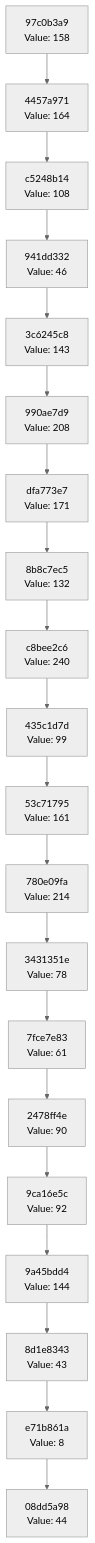
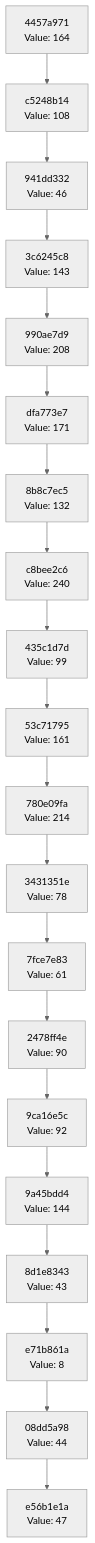
The diagram in docs/CHAIN_VISUALIZATION.md (Abhisheksinha1506/hash-chain-evolver), drawn with Mermaid (neutral theme) before and after one commit. The commit also changed 2 other files, not shown here.

Commit message:
Evolution step: hash 0x2F → action executed

````diff
--- a/docs/CHAIN_VISUALIZATION.md
+++ b/docs/CHAIN_VISUALIZATION.md
@@ -3,42 +3,42 @@
 ```mermaid
 graph TD
-    C0["08dd5a98<br/>Value: 44"]
-    C1["e71b861a<br/>Value: 8"]
+    C0["e56b1e1a<br/>Value: 47"]
+    C1["08dd5a98<br/>Value: 44"]
     C1 --> C0
-    C2["8d1e8343<br/>Value: 43"]
+    C2["e71b861a<br/>Value: 8"]
     C2 --> C1
-    C3["9a45bdd4<br/>Value: 144"]
+    C3["8d1e8343<br/>Value: 43"]
     C3 --> C2
-    C4["9ca16e5c<br/>Value: 92"]
+    C4["9a45bdd4<br/>Value: 144"]
     C4 --> C3
-    C5["2478ff4e<br/>Value: 90"]
+    C5["9ca16e5c<br/>Value: 92"]
     C5 --> C4
-    C6["7fce7e83<br/>Value: 61"]
+    C6["2478ff4e<br/>Value: 90"]
     C6 --> C5
-    C7["3431351e<br/>Value: 78"]
+    C7["7fce7e83<br/>Value: 61"]
     C7 --> C6
-    C8["780e09fa<br/>Value: 214"]
+    C8["3431351e<br/>Value: 78"]
     C8 --> C7
-    C9["53c71795<br/>Value: 161"]
+    C9["780e09fa<br/>Value: 214"]
     C9 --> C8
-    C10["435c1d7d<br/>Value: 99"]
+    C10["53c71795<br/>Value: 161"]
     C10 --> C9
-    C11["c8bee2c6<br/>Value: 240"]
+    C11["435c1d7d<br/>Value: 99"]
     C11 --> C10
-    C12["8b8c7ec5<br/>Value: 132"]
+    C12["c8bee2c6<br/>Value: 240"]
     C12 --> C11
-    C13["dfa773e7<br/>Value: 171"]
+    C13["8b8c7ec5<br/>Value: 132"]
     C13 --> C12
-    C14["990ae7d9<br/>Value: 208"]
+    C14["dfa773e7<br/>Value: 171"]
     C14 --> C13
-    C15["3c6245c8<br/>Value: 143"]
+    C15["990ae7d9<br/>Value: 208"]
     C15 --> C14
-    C16["941dd332<br/>Value: 46"]
+    C16["3c6245c8<br/>Value: 143"]
     C16 --> C15
-    C17["c5248b14<br/>Value: 108"]
+    C17["941dd332<br/>Value: 46"]
     C17 --> C16
-    C18["4457a971<br/>Value: 164"]
+    C18["c5248b14<br/>Value: 108"]
     C18 --> C17
-    C19["97c0b3a9<br/>Value: 158"]
+    C19["4457a971<br/>Value: 164"]
     C19 --> C18
 ```
````
